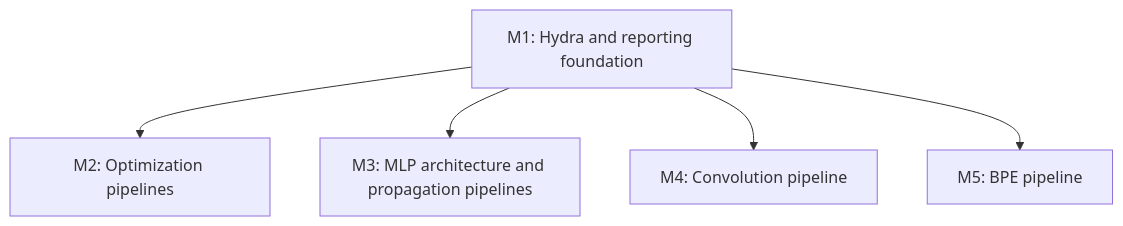
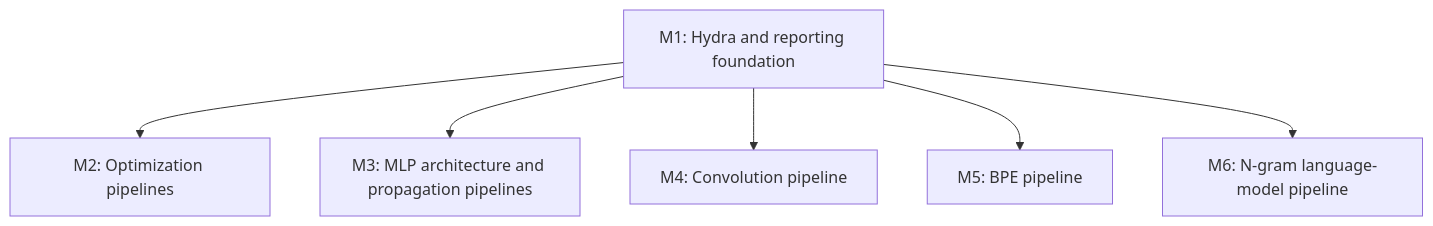
One commit to anton-pershin/spbu-neural-networks-teacher changed diagram 11 of 11 in .internal/constitution-spec.md. Above: the diagram before and after it, drawn with Mermaid. The commit also changed other lines of this file and 23 other files, not shown here.

Commit message:
Implement N-gram language-model pipeline

````diff
--- a/.internal/constitution-spec.md
+++ b/.internal/constitution-spec.md
@@ -191,7 +203,8 @@
 ```mermaid
 flowchart TD
   M1["M1: Hydra and reporting foundation"] --> M2["M2: Optimization pipelines"]
   M1 --> M3["M3: MLP architecture and propagation pipelines"]
   M1 --> M4["M4: Convolution pipeline"]
   M1 --> M5["M5: BPE pipeline"]
+  M1 --> M6["M6: N-gram language-model pipeline"]
 ```
````
